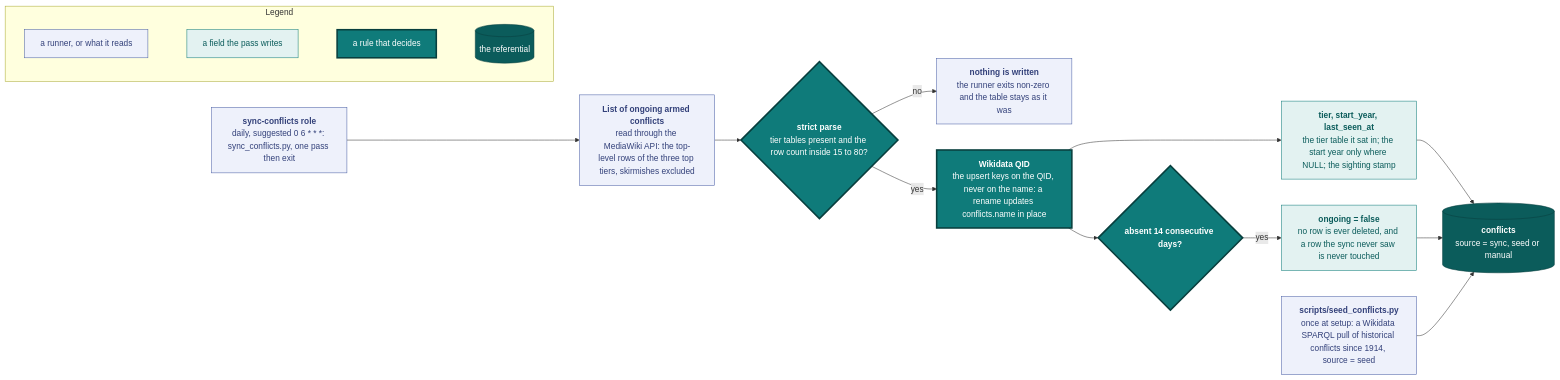
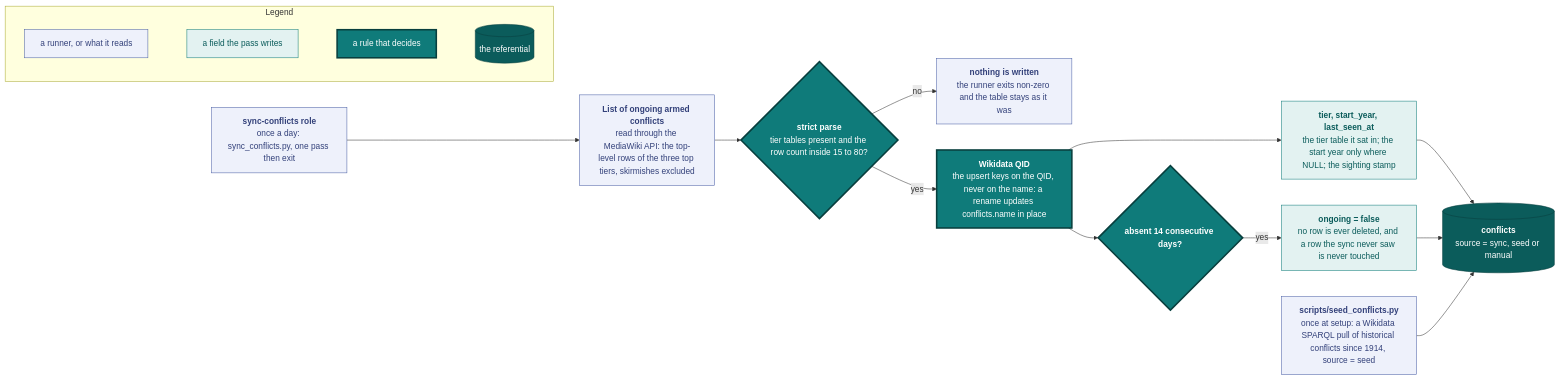
Before and after one commit to vidithq/vidit: the diagram in docs/conflicts.md, drawn with Mermaid. The commit also changed other lines of this file and 47 other files, not shown here.

````diff
--- a/docs/conflicts.md
+++ b/docs/conflicts.md
@@ -5,43 +5,43 @@
 ```mermaid
 flowchart LR
   classDef spec fill:#eef1fb,stroke:#4a5fa5,color:#33417a
   classDef shared fill:#e3f2f1,stroke:#0f7b7a,color:#0b5c5b
   classDef core fill:#0f7b7a,stroke:#083f3e,stroke-width:3px,color:#ffffff
   classDef store fill:#0b5c5b,stroke:#083f3e,color:#ffffff
 
   subgraph legend [Legend]
     direction LR
     l1["`a runner, or what it reads`"]:::spec
     l2["`a field the pass writes`"]:::shared
     l3["`a rule that decides`"]:::core
     l4[("`the referential`")]:::store
     l1 ~~~ l2 ~~~ l3 ~~~ l4
   end
 
   cron["`**sync-conflicts role**
-  daily, suggested 0 6 * * *: sync_conflicts.py, one pass then exit`"]:::spec
+  once a day: sync_conflicts.py, one pass then exit`"]:::spec
   page["`**List of ongoing armed conflicts**
   read through the MediaWiki API: the top-level rows of the three top tiers, skirmishes excluded`"]:::spec
   strict{"`**strict parse**
   tier tables present and the row count inside 15 to 80?`"}:::core
   abort["`**nothing is written**
   the runner exits non-zero and the table stays as it was`"]:::spec
   qid["`**Wikidata QID**
   the upsert keys on the QID, never on the name: a rename updates conflicts.name in place`"]:::core
   fields["`**tier, start_year, last_seen_at**
   the tier table it sat in; the start year only where NULL; the sighting stamp`"]:::shared
   grace{"`**absent 14 consecutive days?**`"}:::core
   off["`**ongoing = false**
   no row is ever deleted, and a row the sync never saw is never touched`"]:::shared
   table[("`**conflicts**
   source = sync, seed or manual`")]:::store
   seed["`**scripts/seed_conflicts.py**
   once at setup: a Wikidata SPARQL pull of historical conflicts since 1914, source = seed`"]:::spec
 
   cron --> page --> strict
   strict -- "no" --> abort
   strict -- "yes" --> qid --> fields --> table
   qid --> grace
   grace -- "yes" --> off --> table
   seed --> table
 ```
````
